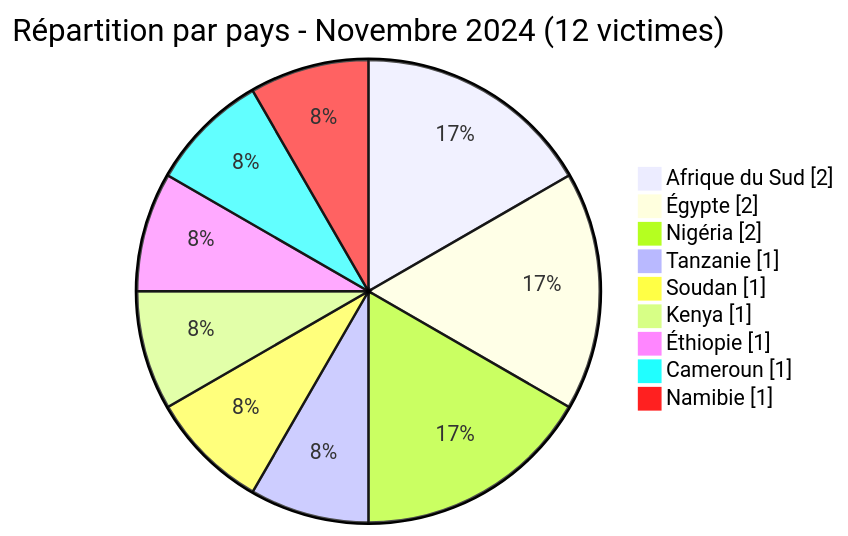
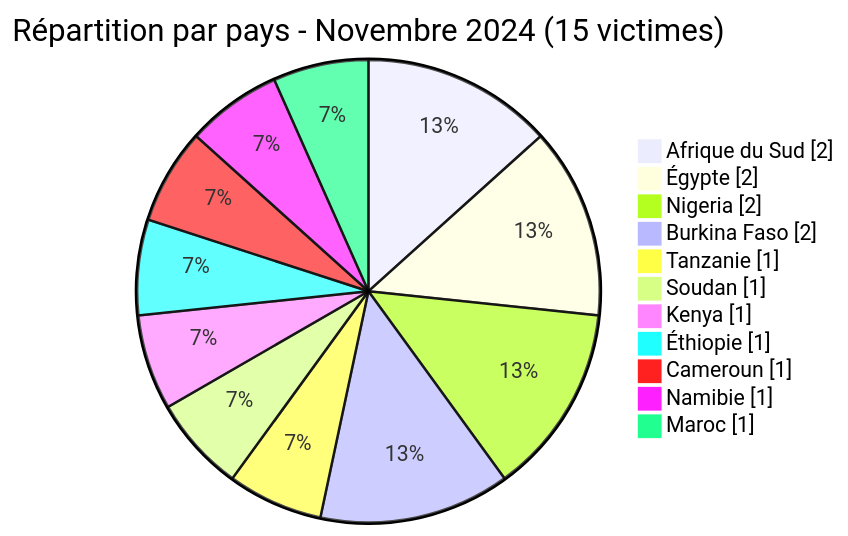
One commit to Hatchepsoute/AFRINTEL changed the second of 4 diagrams in CyberAttackAfrica/2024/11-november/README_FR.md. Above: the diagram before and after it, drawn with Mermaid. The commit also changed other lines of this file and 255 other files, not shown here.

````diff
--- a/CyberAttackAfrica/2024/11-november/README_FR.md
+++ b/CyberAttackAfrica/2024/11-november/README_FR.md
@@ -78,13 +86,15 @@
 ```mermaid
 pie showData
-    title Répartition par pays - Novembre 2024 (12 victimes)
+    title Répartition par pays - Novembre 2024 (15 victimes)
     "Afrique du Sud" : 2
     "Égypte" : 2
-    "Nigéria" : 2
+    "Nigeria" : 2
+    "Burkina Faso" : 2
     "Tanzanie" : 1
     "Soudan" : 1
     "Kenya" : 1
     "Éthiopie" : 1
     "Cameroun" : 1
     "Namibie" : 1
+    "Maroc" : 1
 ```
````
